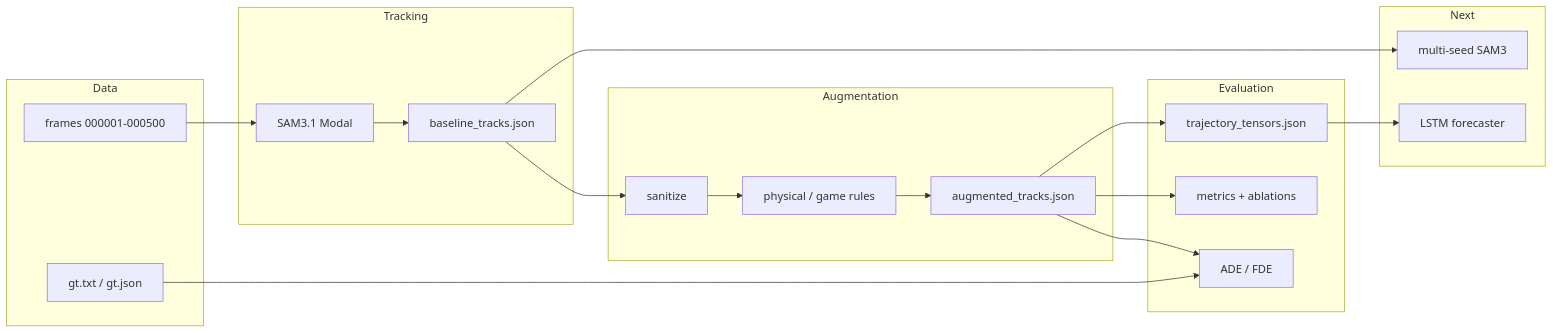
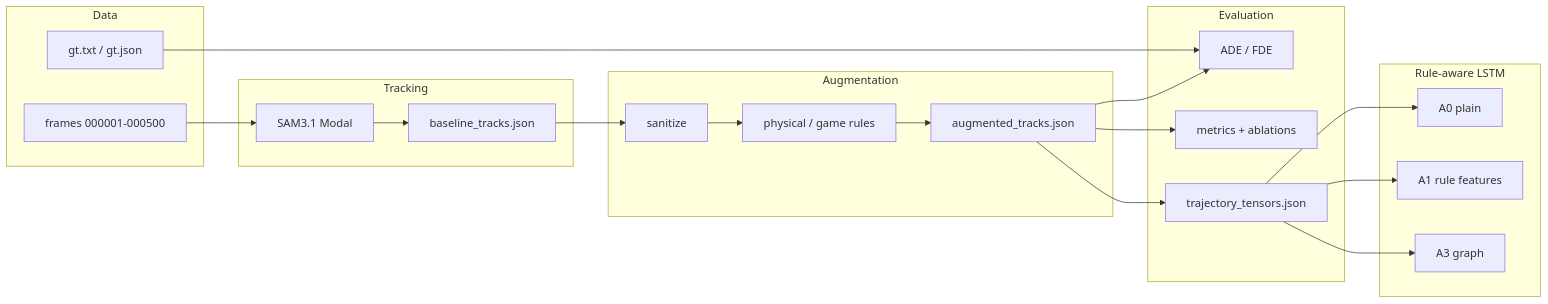
Before and after one commit to piercenolan/cs231n-player-trajectories: the diagram in docs/MILESTONE_CHECKLIST.md, drawn with Mermaid. The commit also changed other lines of this file and 208 other files, not shown here.

````diff
--- a/docs/MILESTONE_CHECKLIST.md
+++ b/docs/MILESTONE_CHECKLIST.md
@@ -7,33 +7,35 @@
 ```mermaid
 flowchart LR
   subgraph data [Data]
     F[frames 000001-000500]
     GT[gt.txt / gt.json]
   end
   subgraph track [Tracking]
     SAM[SAM3.1 Modal]
     BT[baseline_tracks.json]
   end
   subgraph aug [Augmentation]
     SAN[sanitize]
     RULES[physical / game rules]
     AUG[augmented_tracks.json]
   end
   subgraph eval [Evaluation]
     ADE[ADE / FDE]
     MET[metrics + ablations]
     EXP[trajectory_tensors.json]
   end
-  subgraph next [Next]
-    SEED[multi-seed SAM3]
-    LSTM[LSTM forecaster]
+  subgraph lstm [Rule-aware LSTM]
+    A0[A0 plain]
+    A1[A1 rule features]
+    A3[A3 graph]
   end
   F --> SAM --> BT
   GT --> ADE
   BT --> SAN --> RULES --> AUG
   AUG --> ADE
   AUG --> MET
   AUG --> EXP
-  BT --> SEED
-  EXP --> LSTM
+  EXP --> A0
+  EXP --> A1
+  EXP --> A3
 ```
````
